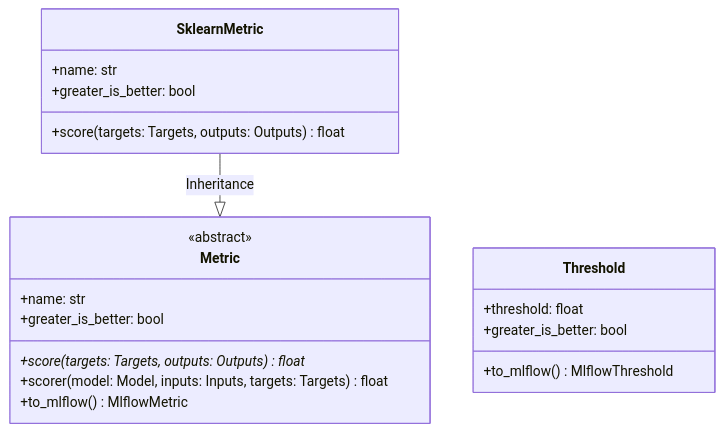
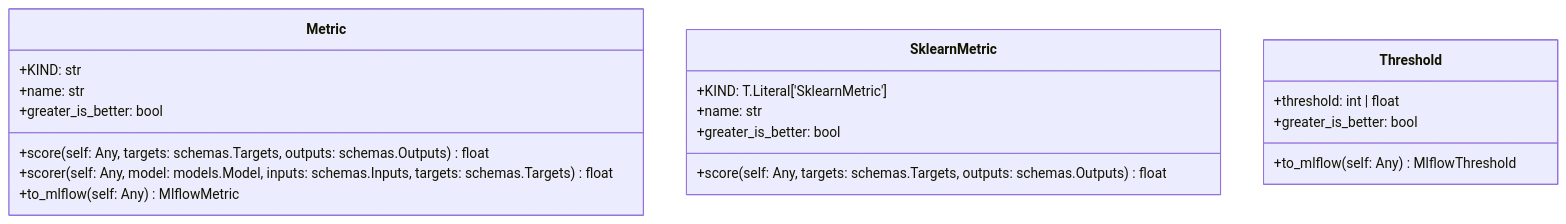
The diagram in openwiki/modules/regression_model_template/core/metrics.md (lgcorzo/mlops-python-package), drawn with Mermaid before and after one commit. The commit also changed other lines of this file and 40 other files, not shown here.

````diff
--- a/openwiki/modules/regression_model_template/core/metrics.md
+++ b/openwiki/modules/regression_model_template/core/metrics.md
@@ -26,24 +23,23 @@
 ```mermaid
 classDiagram
     direction BT
     class Metric {
-        <<abstract>>
+        +KIND: str
         +name: str
         +greater_is_better: bool
-        +score(targets: Targets, outputs: Outputs)* float
-        +scorer(model: Model, inputs: Inputs, targets: Targets) float
-        +to_mlflow() MlflowMetric
+        +score(self: Any, targets: schemas.Targets, outputs: schemas.Outputs) float
+        +scorer(self: Any, model: models.Model, inputs: schemas.Inputs, targets: schemas.Targets) float
+        +to_mlflow(self: Any) MlflowMetric
     }
     class SklearnMetric {
+        +KIND: T.Literal['SklearnMetric']
         +name: str
         +greater_is_better: bool
-        +score(targets: Targets, outputs: Outputs) float
+        +score(self: Any, targets: schemas.Targets, outputs: schemas.Outputs) float
     }
     class Threshold {
-        +threshold: float
+        +threshold: int | float
         +greater_is_better: bool
-        +to_mlflow() MlflowThreshold
+        +to_mlflow(self: Any) MlflowThreshold
     }
-
-    Metric <|-- SklearnMetric : Inheritance
 ```
````
